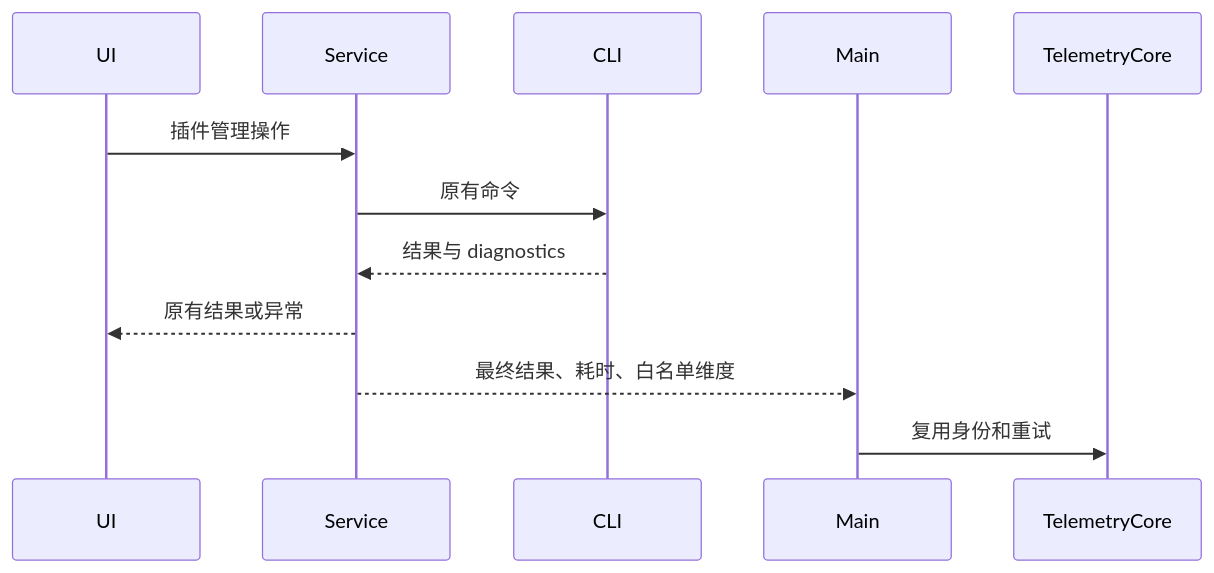
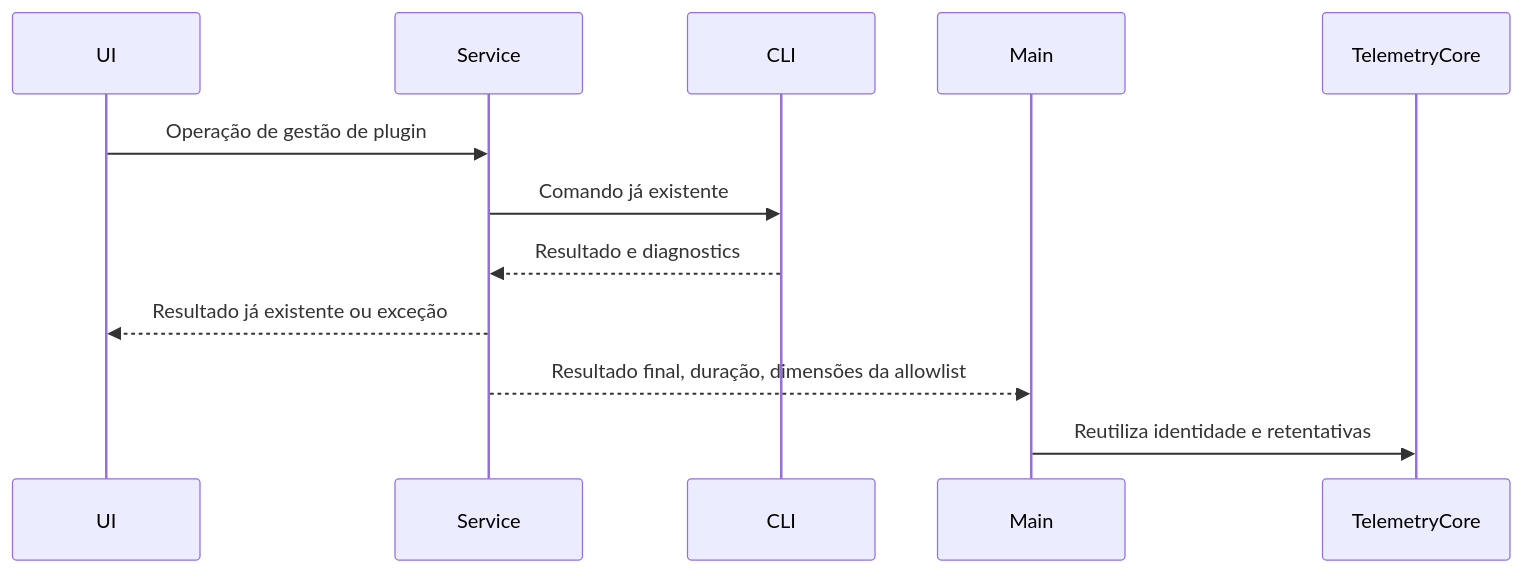
One commit to JoaoNetoDev/BR-Code changed the diagram in docs/monitoring/plugin-lifecycle-telemetry.md. Above: the diagram before and after it, drawn with Mermaid. The commit also changed other lines of this file and 177 other files, not shown here.

````diff
--- a/docs/monitoring/plugin-lifecycle-telemetry.md
+++ b/docs/monitoring/plugin-lifecycle-telemetry.md
@@ -17,9 +20,9 @@
 ```mermaid
 sequenceDiagram
-  UI->>Service: 插件管理操作
-  Service->>CLI: 原有命令
-  CLI-->>Service: 结果与 diagnostics
-  Service-->>UI: 原有结果或异常
-  Service-->>Main: 最终结果、耗时、白名单维度
-  Main->>TelemetryCore: 复用身份和重试
+  UI->>Service: Operação de gestão de plugin
+  Service->>CLI: Comando já existente
+  CLI-->>Service: Resultado e diagnostics
+  Service-->>UI: Resultado já existente ou exceção
+  Service-->>Main: Resultado final, duração, dimensões da allowlist
+  Main->>TelemetryCore: Reutiliza identidade e retentativas
 ```
````
